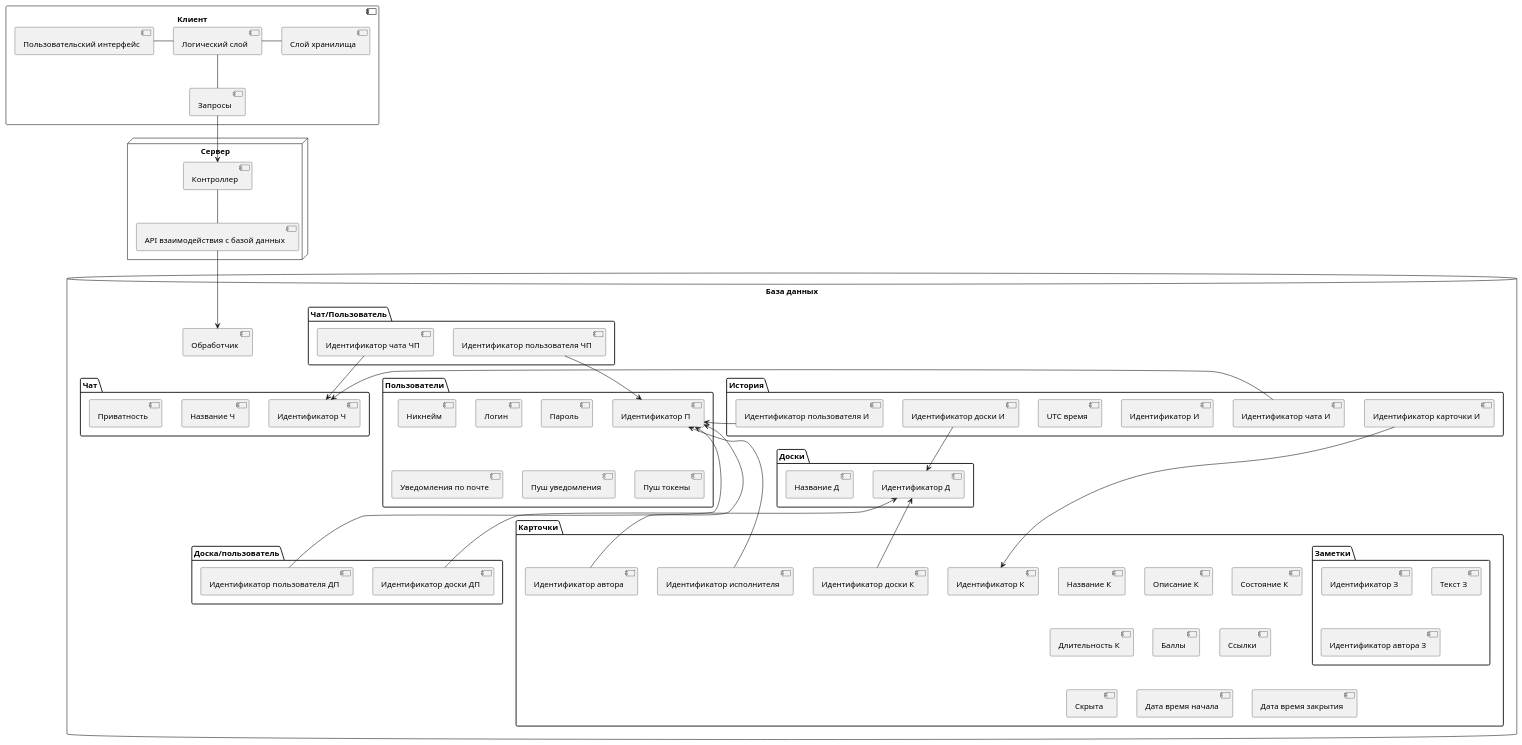
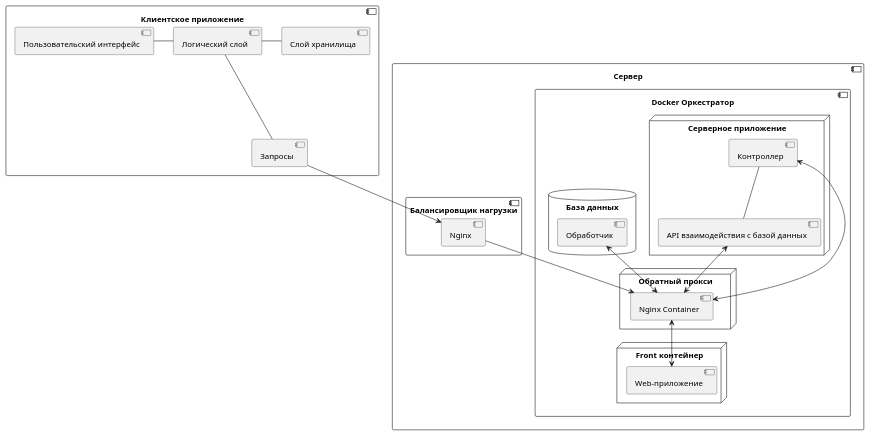
The diagram in uml/components.puml (SilentSt/FastTasks), drawn with PlantUML before and after one commit. The commit also changed 22 other files, not shown here.

```diff
--- a/uml/components.puml
+++ b/uml/components.puml
@@ -1,95 +1,53 @@
 @startuml components
 'https://plantuml.com/component-diagram
 
 
-component "Клиент" {
+component "Клиентское приложение" {
   [Пользовательский интерфейс]
   [Логический слой]
   [Слой хранилища]
   [Запросы]
 }
 
-node "Сервер" {
-  [Контроллер]
-  [API взаимодействия с базой данных]
+component "Сервер" {
+
+   component "Балансировщик нагрузки" {
+      [Nginx]
+   }
+
+   component "Docker Оркестратор"{
+   
+      node "Обратный прокси"{
+         [Nginx Container]
+      }
+
+      node "Серверное приложение" {
+         [Контроллер]
+         [API взаимодействия с базой данных]
+      }
+
+      database "База данных" {
+         [Обработчик]  
+      }
+
+      node "Front контейнер"{
+         [Web-приложение]
+      }
+   }
 }
 
-database "База данных" {
-  [Обработчик]
-  folder "Пользователи" {
-    [Идентификатор П]
-    [Никнейм]
-    [Логин]
-    [Пароль]
-    [Уведомления по почте]
-    [Пуш уведомления]
-    [Пуш токены]
-  }
-  folder "Доски" {
-     [Идентификатор Д]
-     [Название Д]
-  }
-  folder "Карточки" {
-     [Идентификатор К]
-     [Название К]
-     [Описание К]
-     [Состояние К]
-     [Длительность К]
-     [Баллы]
-     [Ссылки]
-     [Заметки]
-     [Скрыта]
-     [Дата время начала]
-     [Дата время закрытия]
-     [Идентификатор доски К]
-     [Идентификатор автора]
-     [Идентификатор исполнителя]     
-  }
-  folder "Заметки"{
-     [Идентификатор З]
-     [Текст З]
-     [Идентификатор автора З]
-  }
-  folder "Чат"{
-     [Идентификатор Ч]
-     [Название Ч]
-     [Приватность]
-  }
-  folder "История"{
-     [Идентификатор И]
-     [Идентификатор чата И]
-     [Идентификатор пользователя И]
-     [Текст З]
-     [UTC время]
-     [Идентификатор карточки И]
-     [Идентификатор доски И]
-  }  
-  folder "Чат/Пользователь"{    
-     [Идентификатор чата ЧП]
-     [Идентификатор пользователя ЧП]     
-  }
-  folder "Доска/пользователь"{
-    [Идентификатор доски ДП]
-    [Идентификатор пользователя ДП]
-  }  
-}
+
 
 [Пользовательский интерфейс] - [Логический слой]
 [Логический слой] - [Слой хранилища]
 [Логический слой] -- [Запросы]
-[Запросы] --> [Контроллер]
+[Запросы] --> [Nginx]
+[Nginx] --> [Nginx Container]
+[Nginx Container] <-down-> [Контроллер]
+[Nginx Container] <--> [Web-приложение]
 [Контроллер] -- [API взаимодействия с базой данных]
-[API взаимодействия с базой данных] --> [Обработчик]
-[Идентификатор пользователя И] -left-> [Идентификатор П]
-[Идентификатор чата И]-left->[Идентификатор Ч]
-[Идентификатор чата ЧП]-->[Идентификатор Ч]
-[Идентификатор пользователя ЧП]-->[Идентификатор П]
-[Идентификатор доски ДП]-up->[Идентификатор Д]
-[Идентификатор пользователя ДП]-up->[Идентификатор П]
-[Идентификатор автора]-up-->[Идентификатор П]
-[Идентификатор исполнителя]-up-->[Идентификатор П]
-[Идентификатор карточки И]-->[Идентификатор К]
-[Идентификатор доски И]-->[Идентификатор Д]
-[Идентификатор доски К]-up->[Идентификатор Д]
+[API взаимодействия с базой данных] <--> [Nginx Container]
+[Nginx Container] <-up-> [Обработчик]
+
 
 @enduml
```
